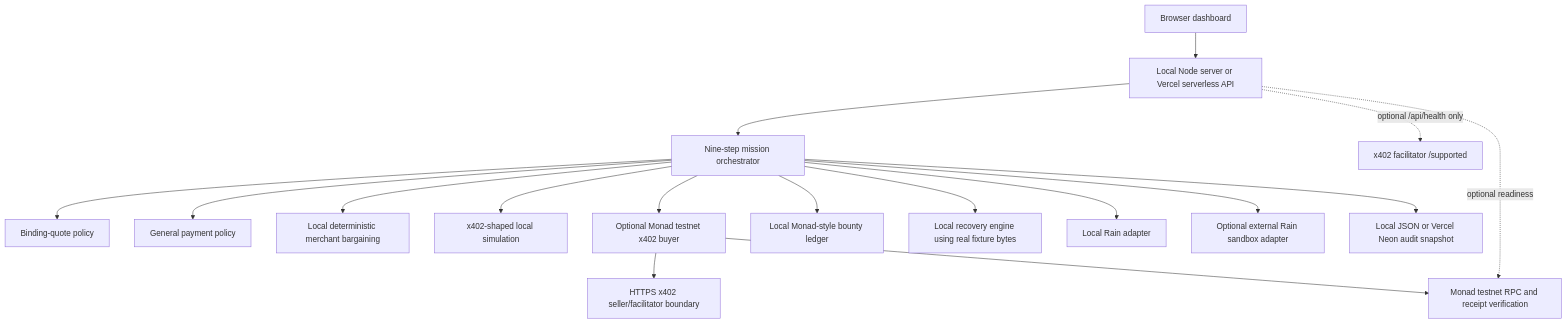
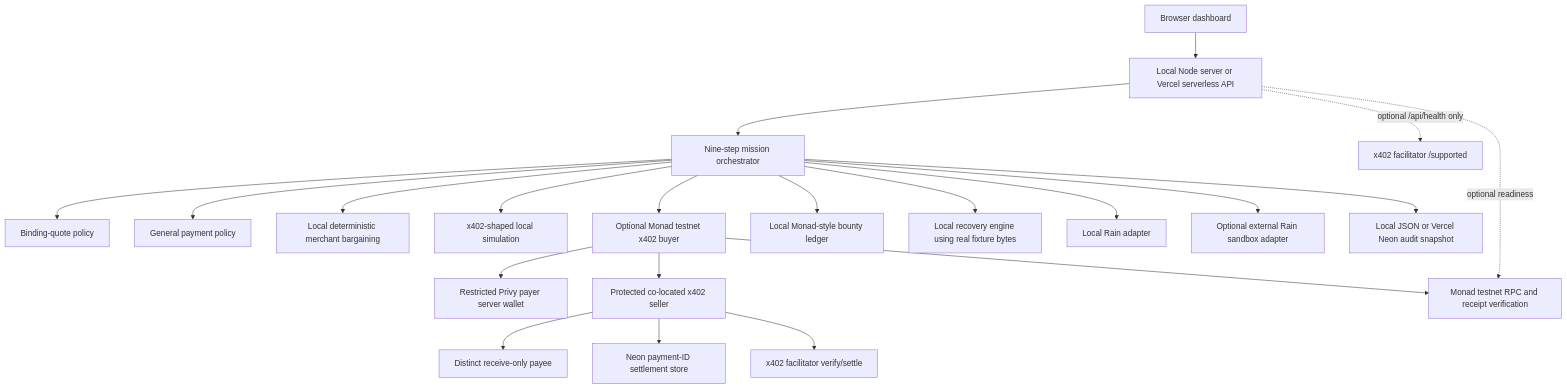
One commit to 7dracoder/LazarusMesh changed the diagram in PROJECT_GUIDE.md. Above: the diagram before and after it, drawn with Mermaid. The commit also changed other lines of this file and 24 other files, not shown here.

Commit message:
Add protected Privy x402 preview settlement

````diff
--- a/PROJECT_GUIDE.md
+++ b/PROJECT_GUIDE.md
@@ -57,19 +60,23 @@
 ```mermaid
 flowchart TD
     UI["Browser dashboard"] --> HTTP["Local Node server or Vercel serverless API"]
     HTTP --> ORCH["Nine-step mission orchestrator"]
     ORCH --> QP["Binding-quote policy"]
     ORCH --> PP["General payment policy"]
     ORCH --> NEG["Local deterministic merchant bargaining"]
     ORCH --> X402["x402-shaped local simulation"]
     ORCH --> X402LIVE["Optional Monad testnet x402 buyer"]
+    X402LIVE --> PRIVY["Restricted Privy payer server wallet"]
+    X402LIVE --> X402SELLER["Protected co-located x402 seller"]
+    X402SELLER --> PAYEE["Distinct receive-only payee"]
+    X402SELLER --> SETTLESTORE["Neon payment-ID settlement store"]
     ORCH --> MONAD["Local Monad-style bounty ledger"]
     ORCH --> REC["Local recovery engine using real fixture bytes"]
     ORCH --> RAINLOCAL["Local Rain adapter"]
     ORCH --> RAINSANDBOX["Optional external Rain sandbox adapter"]
     ORCH --> STORE["Local JSON or Vercel Neon audit snapshot"]
-    X402LIVE --> SELLER["HTTPS x402 seller/facilitator boundary"]
+    X402SELLER --> FACSETTLE["x402 facilitator verify/settle"]
     X402LIVE --> RPC["Monad testnet RPC and receipt verification"]
     HTTP -. "optional readiness" .-> RPC
     HTTP -. "optional /api/health only" .-> FAC["x402 facilitator /supported"]
 ```
````
